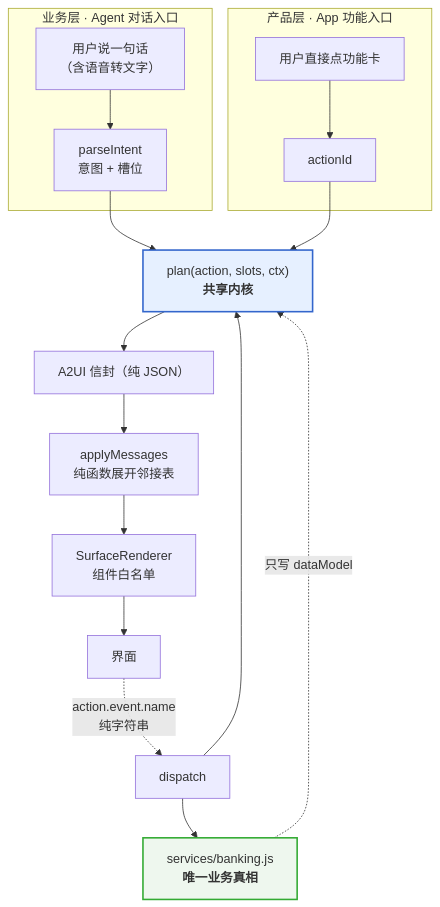
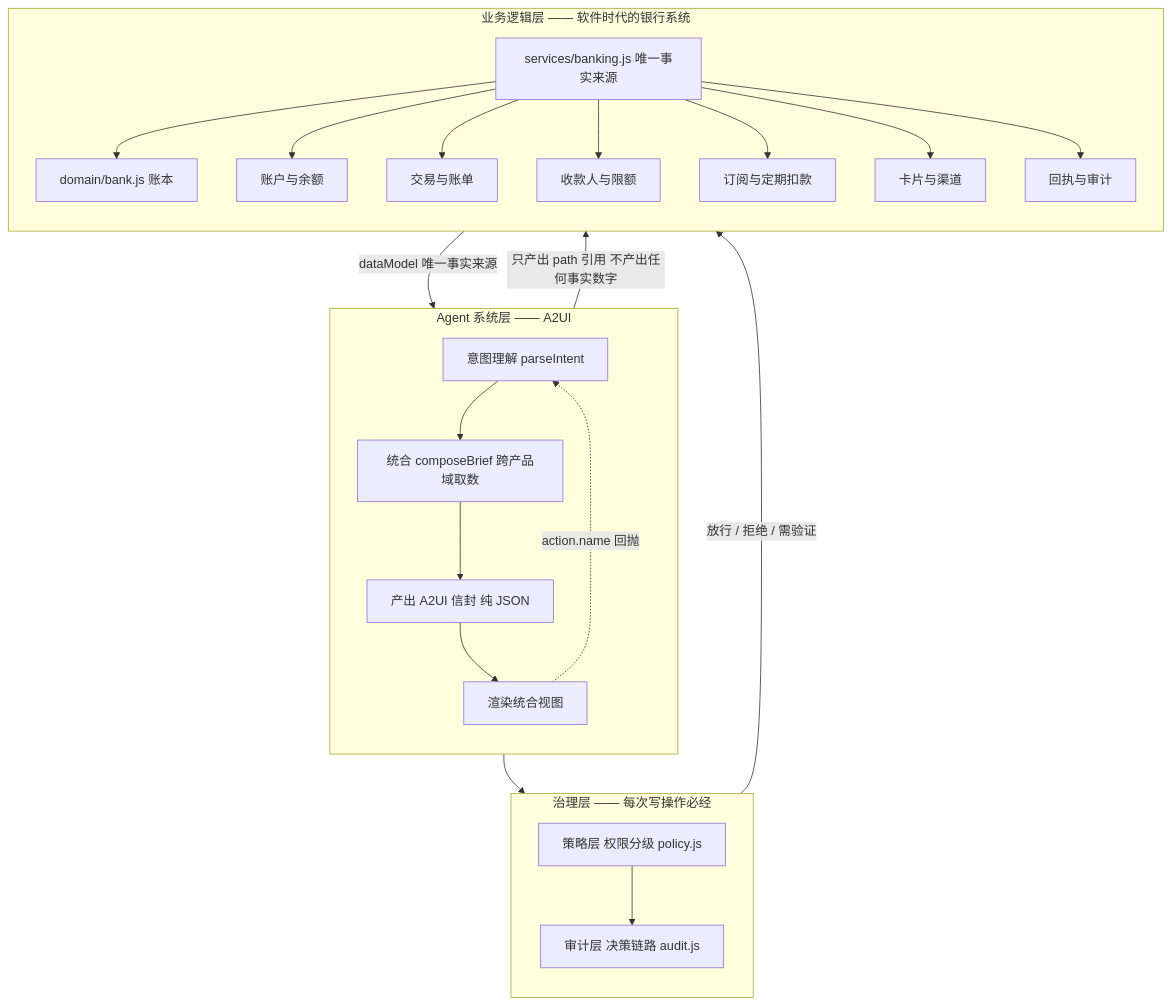
The first of 33 diagrams in doc/ARCHITECTURE.md (weiqing010305-art/bk-agent), drawn with Mermaid before and after one commit. The commit also changed other lines of this file and 5 other files, not shown here.

First line of the commit message:
docs: 架构文档全文重写 —— 33 张 Mermaid 渲染图，全部经真实解析器验证

````diff
--- a/doc/ARCHITECTURE.md
+++ b/doc/ARCHITECTURE.md
@@ -14,24 +26,31 @@
 ```mermaid
-flowchart TD
-    subgraph L1["业务层 · Agent 对话入口"]
-        A1["用户说一句话<br/>（含语音转文字）"] --> A2["parseIntent<br/>意图 + 槽位"]
-    end
-    subgraph L2["产品层 · App 功能入口"]
-        B1["用户直接点功能卡"] --> B2["actionId"]
+flowchart TB
+    subgraph AGENT["Agent 系统层 —— A2UI"]
+        direction TB
+        I["意图理解 parseIntent"] --> C["统合 composeBrief 跨产品域取数"]
+        C --> S["产出 A2UI 信封 纯 JSON"]
+        S --> R["渲染统合视图"]
+        R -.->|"action.name 回抛"| I
     end
 
-    A2 --> K["plan(action, slots, ctx)<br/><b>共享内核</b>"]
-    B2 --> K
-    K --> E["A2UI 信封（纯 JSON）"]
-    E --> AP["applyMessages<br/>纯函数展开邻接表"]
-    AP --> R["SurfaceRenderer<br/>组件白名单"]
-    R --> V["界面"]
+    subgraph GOV["治理层 —— 每次写操作必经"]
+        direction TB
+        P["策略层 权限分级 policy.js"] --> A["审计层 决策链路 audit.js"]
+    end
 
-    V -.->|"action.event.name<br/>纯字符串"| D["dispatch"]
-    D --> K
-    D --> S["services/banking.js<br/><b>唯一业务真相</b>"]
-    S -.->|"只写 dataModel"| K
+    subgraph BIZ["业务逻辑层 —— 软件时代的银行系统"]
+        direction TB
+        SVC["services/banking.js 唯一事实来源"] --> DOM["domain/bank.js 账本"]
+        SVC --> Q1["账户与余额"]
+        SVC --> Q2["交易与账单"]
+        SVC --> Q3["收款人与限额"]
+        SVC --> Q4["订阅与定期扣款"]
+        SVC --> Q5["卡片与渠道"]
+        SVC --> Q6["回执与审计"]
+    end
 
-    style K fill:#e6f0ff,stroke:#36c,stroke-width:2px
-    style S fill:#eef7ee,stroke:#3a3,stroke-width:2px
+    BIZ -->|"dataModel 唯一事实来源"| AGENT
+    AGENT -->|"只产出 path 引用 不产出任何事实数字"| BIZ
+    AGENT --> GOV
+    GOV -->|"放行 / 拒绝 / 需验证"| BIZ
 ```
````
